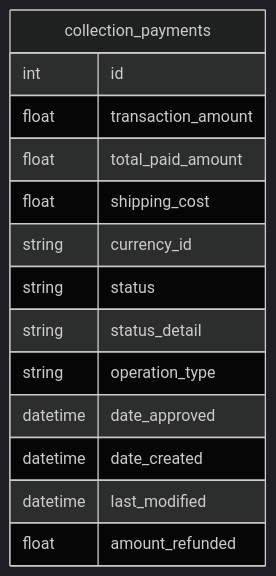
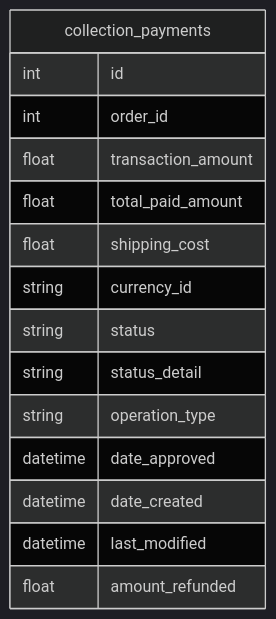
One commit to Grupo-26-FIAP/tech-challenge-payment changed the second of 2 diagrams in README.md. Above: the diagram before and after it, drawn with Mermaid (dark theme).

````diff
--- a/README.md
+++ b/README.md
@@ -122,17 +122,18 @@
 ```mermaid
 erDiagram
     collection_payments {
         int id
+        int order_id
         float transaction_amount
         float total_paid_amount
         float shipping_cost
         string currency_id
         string status
         string status_detail
         string operation_type
         datetime date_approved
         datetime date_created
         datetime last_modified
         float amount_refunded
     }
 ```
````
